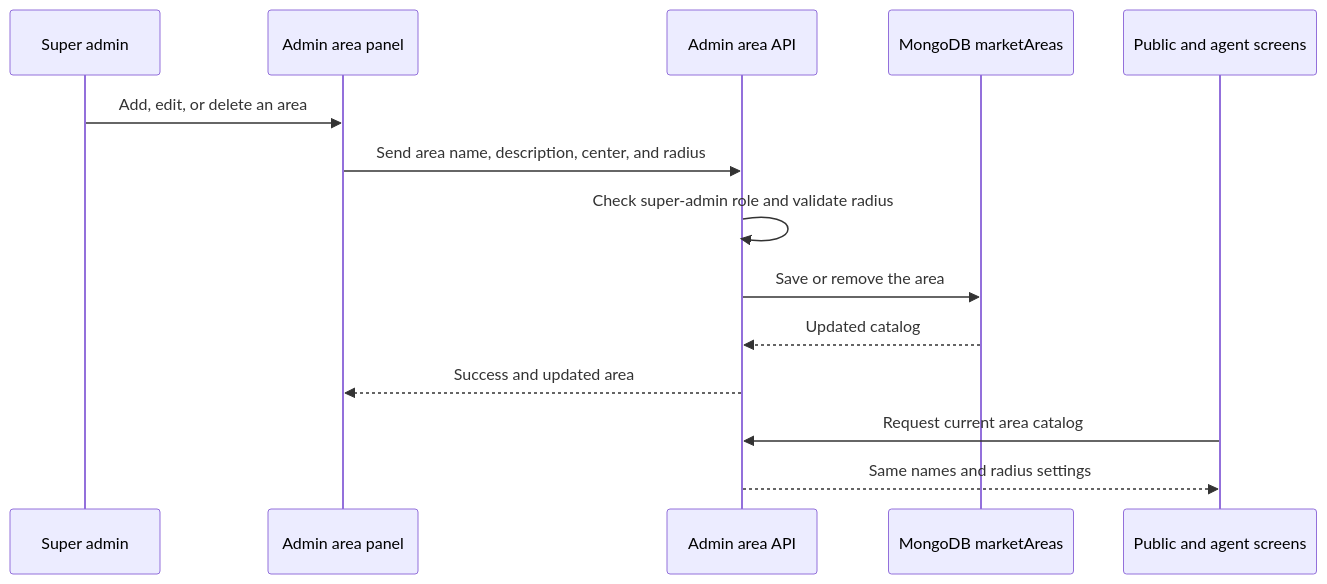
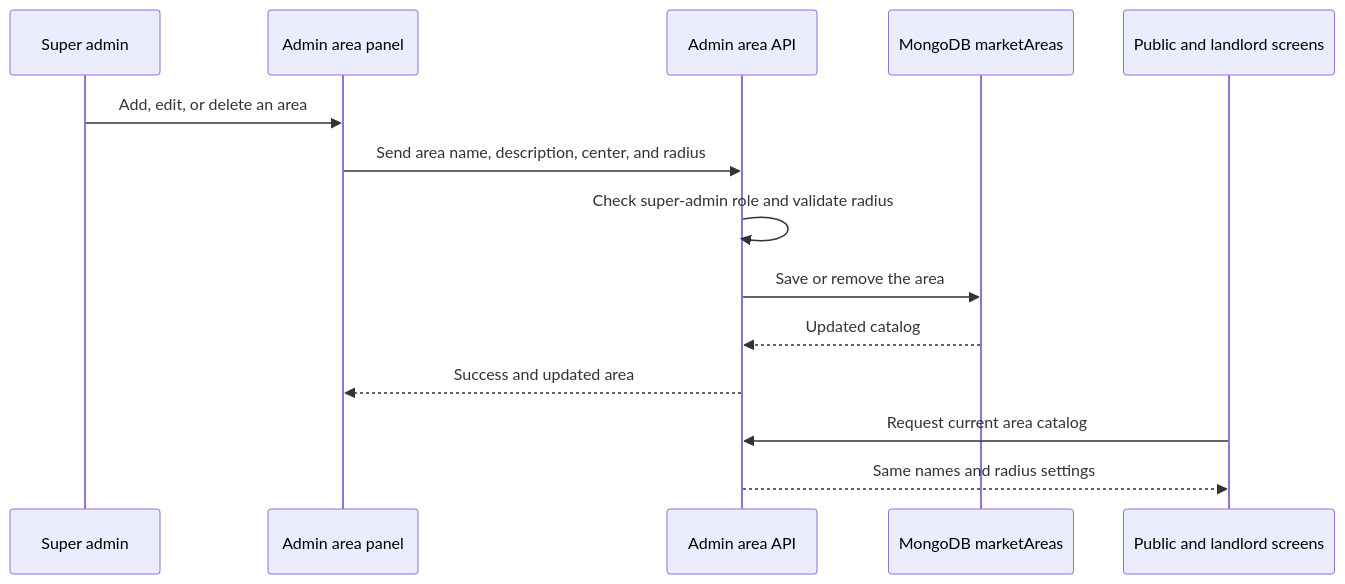
The seventh of 7 diagrams in docs/oliv-homes.md (Tkay6677/oliv_homes), drawn with Mermaid before and after one commit. The commit also changed other lines of this file and 28 other files, not shown here.

````diff
--- a/docs/oliv-homes.md
+++ b/docs/oliv-homes.md
@@ -574,17 +574,17 @@
 ```mermaid
 sequenceDiagram
 	participant Admin as Super admin
 	participant Screen as Admin area panel
 	participant API as Admin area API
 	participant DB as MongoDB marketAreas
-	participant Users as Public and agent screens
+	participant Users as Public and landlord screens
 
 	Admin->>Screen: Add, edit, or delete an area
 	Screen->>API: Send area name, description, center, and radius
 	API->>API: Check super-admin role and validate radius
 	API->>DB: Save or remove the area
 	DB-->>API: Updated catalog
 	API-->>Screen: Success and updated area
 	Users->>API: Request current area catalog
 	API-->>Users: Same names and radius settings
 ```
````
